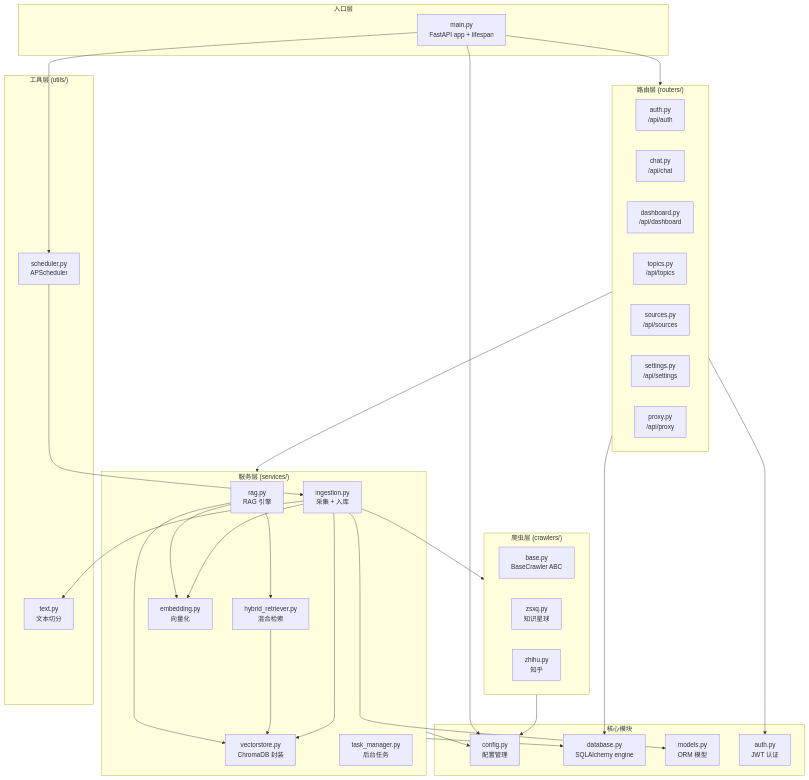
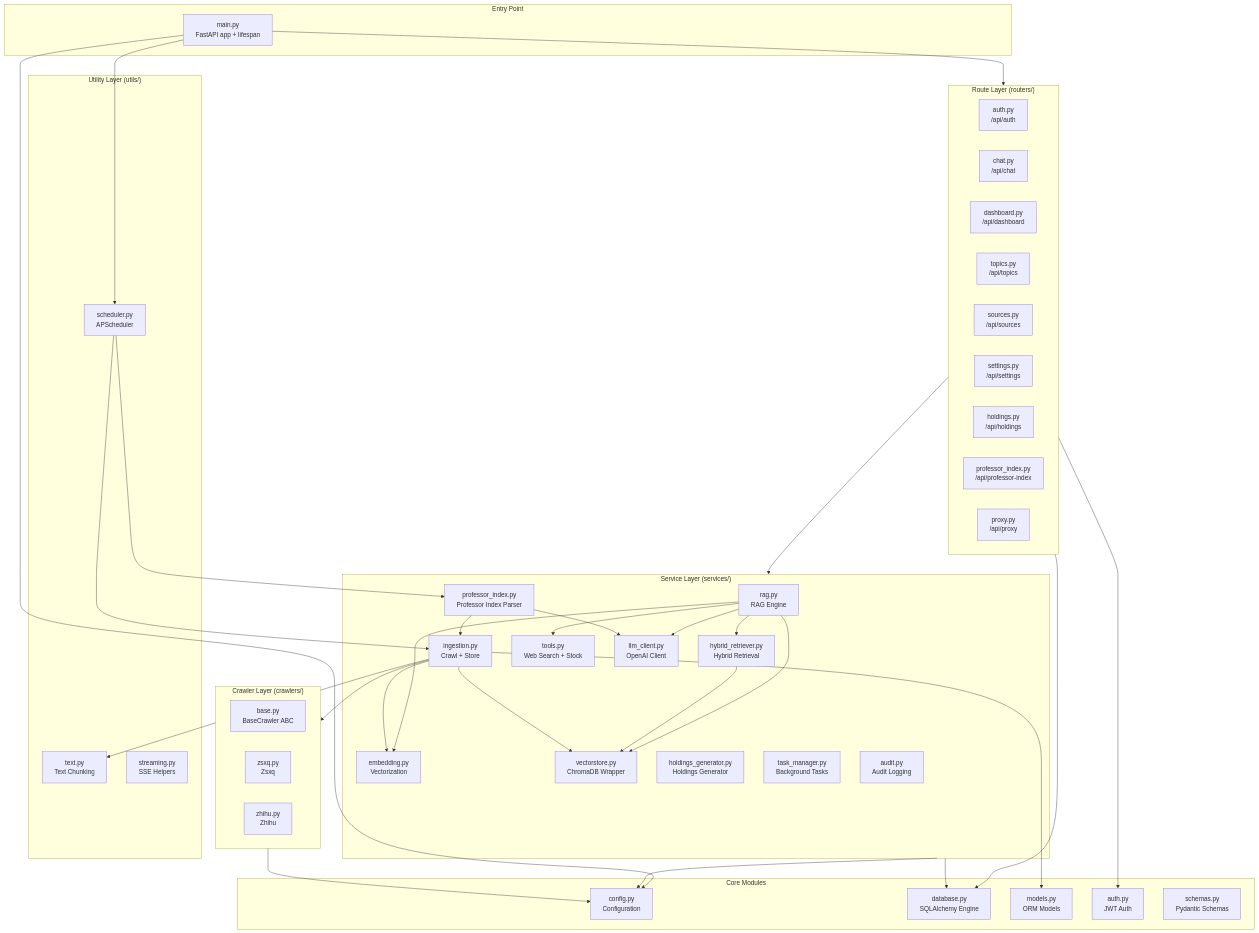
The first of 4 diagrams in docs/docs/architecture/backend.mdx (XUranus/dungeon), drawn with Mermaid before and after one commit. The commit also changed other lines of this file and 75 other files, not shown here.

````diff
--- a/docs/docs/architecture/backend.mdx
+++ b/docs/docs/architecture/backend.mdx
@@ -25,67 +27,81 @@
 ```mermaid
 graph TB
-    subgraph Entry ["入口层"]
+    subgraph Entry ["Entry Point"]
         Main["main.py<br/>FastAPI app + lifespan"]
     end
 
-    subgraph Routers ["路由层 (routers/)"]
+    subgraph Routers ["Route Layer (routers/)"]
         AuthR["auth.py<br/>/api/auth"]
         ChatR["chat.py<br/>/api/chat"]
         DashR["dashboard.py<br/>/api/dashboard"]
         TopicsR["topics.py<br/>/api/topics"]
         SourcesR["sources.py<br/>/api/sources"]
         SettingsR["settings.py<br/>/api/settings"]
+        HoldingsR["holdings.py<br/>/api/holdings"]
+        ProfR["professor_index.py<br/>/api/professor-index"]
         ProxyR["proxy.py<br/>/api/proxy"]
     end
 
-    subgraph Services ["服务层 (services/)"]
-        RAG["rag.py<br/>RAG 引擎"]
-        Hybrid["hybrid_retriever.py<br/>混合检索"]
-        Embed["embedding.py<br/>向量化"]
-        VecStore["vectorstore.py<br/>ChromaDB 封装"]
-        Ingest["ingestion.py<br/>采集 + 入库"]
-        TaskMgr["task_manager.py<br/>后台任务"]
+    subgraph Services ["Service Layer (services/)"]
+        RAG["rag.py<br/>RAG Engine"]
+        Hybrid["hybrid_retriever.py<br/>Hybrid Retrieval"]
+        Embed["embedding.py<br/>Vectorization"]
+        VecStore["vectorstore.py<br/>ChromaDB Wrapper"]
+        Ingest["ingestion.py<br/>Crawl + Store"]
+        ProfIndex["professor_index.py<br/>Professor Index Parser"]
+        Holdings["holdings_generator.py<br/>Holdings Generator"]
+        ToolsSvc["tools.py<br/>Web Search + Stock"]
+        LLMClient["llm_client.py<br/>OpenAI Client"]
+        TaskMgr["task_manager.py<br/>Background Tasks"]
+        AuditSvc["audit.py<br/>Audit Logging"]
     end
 
-    subgraph Crawlers ["爬虫层 (crawlers/)"]
+    subgraph Crawlers ["Crawler Layer (crawlers/)"]
         Base["base.py<br/>BaseCrawler ABC"]
-        ZSXQ["zsxq.py<br/>知识星球"]
-        Zhihu["zhihu.py<br/>知乎"]
+        ZSXQ["zsxq.py<br/>Zsxq"]
+        Zhihu["zhihu.py<br/>Zhihu"]
     end
 
-    subgraph Utils ["工具层 (utils/)"]
-        Text["text.py<br/>文本切分"]
+    subgraph Utils ["Utility Layer (utils/)"]
+        Text["text.py<br/>Text Chunking"]
         Sched["scheduler.py<br/>APScheduler"]
+        Stream["streaming.py<br/>SSE Helpers"]
     end
 
-    subgraph Core ["核心模块"]
-        Config["config.py<br/>配置管理"]
-        DB["database.py<br/>SQLAlchemy engine"]
-        Models["models.py<br/>ORM 模型"]
-        Auth["auth.py<br/>JWT 认证"]
+    subgraph Core ["Core Modules"]
+        Config["config.py<br/>Configuration"]
+        DB["database.py<br/>SQLAlchemy Engine"]
+        Models["models.py<br/>ORM Models"]
+        Auth["auth.py<br/>JWT Auth"]
+        Schemas["schemas.py<br/>Pydantic Schemas"]
     end
 
     Main --> Routers
     Main --> Sched
     Main --> Config
 
     Routers --> Services
     Routers --> Auth
     Routers --> DB
 
     RAG --> Embed
     RAG --> VecStore
     RAG --> Hybrid
+    RAG --> ToolsSvc
+    RAG --> LLMClient
     Hybrid --> VecStore
     Ingest --> Embed
     Ingest --> VecStore
     Ingest --> Crawlers
     Ingest --> Text
     Ingest --> Models
+    ProfIndex --> Ingest
+    ProfIndex --> LLMClient
 
     Sched --> Ingest
+    Sched --> ProfIndex
 
     Services --> Config
     Services --> DB
     Crawlers --> Config
 ```
````
